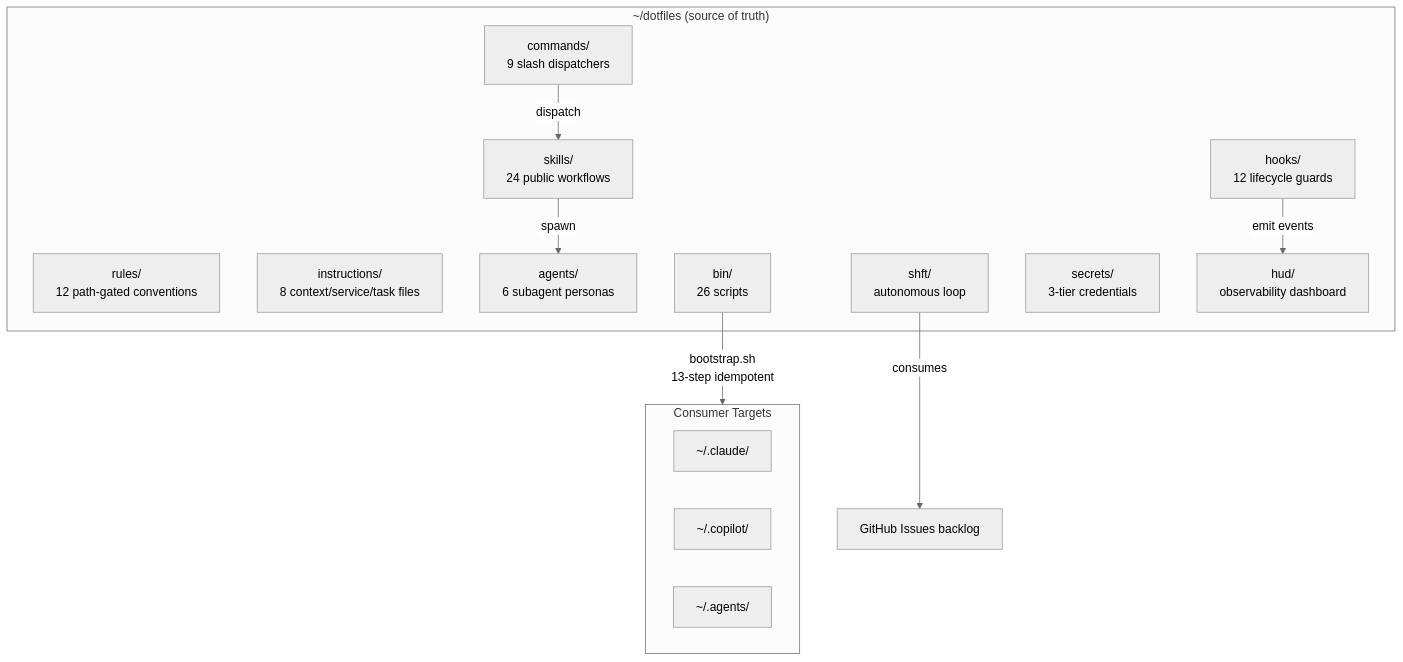
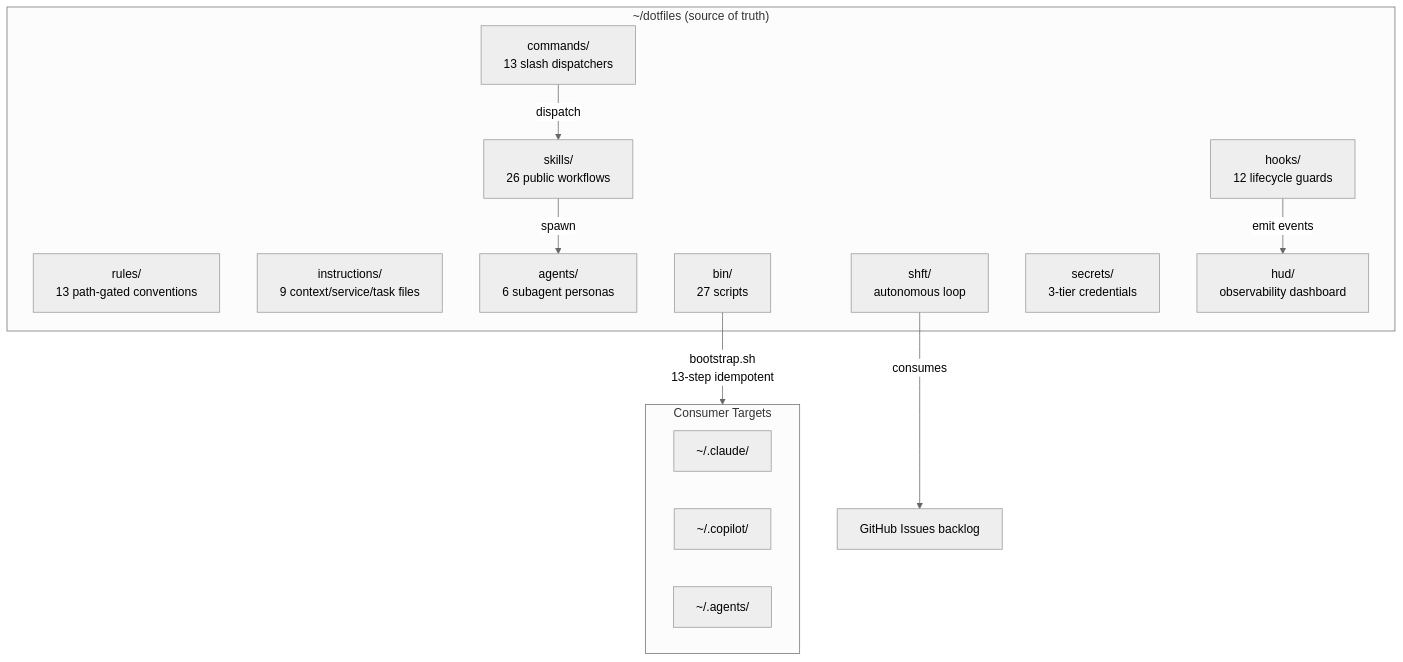
The diagram in docs/ARCHITECTURE.md (arndvs/dotfiles), drawn with Mermaid (neutral theme) before and after one commit. The commit also changed other lines of this file and 11 other files, not shown here.

````diff
--- a/docs/ARCHITECTURE.md
+++ b/docs/ARCHITECTURE.md
@@ -12,27 +12,27 @@
 ```mermaid
 graph TB
     subgraph "~/dotfiles (source of truth)"
-        RULES["rules/<br/>12 path-gated conventions"]
-        INST["instructions/<br/>8 context/service/task files"]
-        SKILLS["skills/<br/>24 public workflows"]
+        RULES["rules/<br/>13 path-gated conventions"]
+        INST["instructions/<br/>9 context/service/task files"]
+        SKILLS["skills/<br/>26 public workflows"]
         AGENTS["agents/<br/>6 subagent personas"]
-        CMDS["commands/<br/>9 slash dispatchers"]
+        CMDS["commands/<br/>13 slash dispatchers"]
         HOOKS["hooks/<br/>12 lifecycle guards"]
-        BIN["bin/<br/>26 scripts"]
+        BIN["bin/<br/>27 scripts"]
         SHFT["shft/<br/>autonomous loop"]
         SECRETS["secrets/<br/>3-tier credentials"]
         HUD["hud/<br/>observability dashboard"]
     end
 
     BIN -->|"bootstrap.sh<br/>13-step idempotent"| CONSUMERS
     subgraph CONSUMERS["Consumer Targets"]
         CLAUDE["~/.claude/"]
         COPILOT["~/.copilot/"]
         AGENTSDIR["~/.agents/"]
     end
 
     CMDS -->|"dispatch"| SKILLS
     SKILLS -->|"spawn"| AGENTS
     HOOKS -->|"emit events"| HUD
     SHFT -->|"consumes"| ISSUES["GitHub Issues backlog"]
 ```
````
